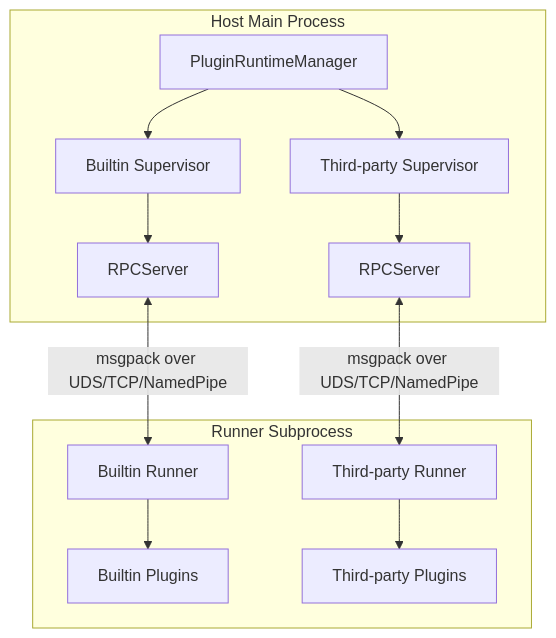
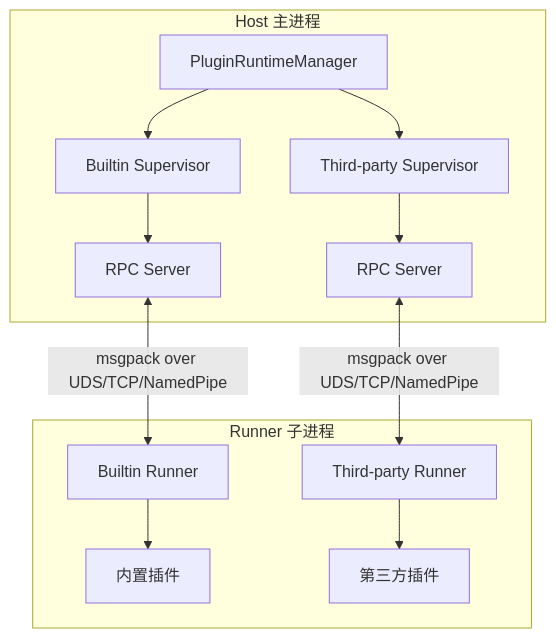
One commit to DrSmoothl/docs changed the diagram in en/develop/plugin-dev/index.md. Above: the diagram before and after it, drawn with Mermaid. The commit also changed other lines of this file and 50 other files, not shown here.

````diff
--- a/en/develop/plugin-dev/index.md
+++ b/en/develop/plugin-dev/index.md
@@ -11,15 +9,15 @@
 ```mermaid
 graph TD
-    subgraph Host Main Process
+    subgraph Host 主进程
         A[PluginRuntimeManager] --> B[Builtin Supervisor]
         A --> C[Third-party Supervisor]
-        B --> D[RPCServer]
-        C --> E[RPCServer]
+        B --> D[RPC Server]
+        C --> E[RPC Server]
     end
-    subgraph Runner Subprocess
-        F[Builtin Runner] --> G[Builtin Plugins]
-        H[Third-party Runner] --> I[Third-party Plugins]
+    subgraph Runner 子进程
+        F[Builtin Runner] --> G[内置插件]
+        H[Third-party Runner] --> I[第三方插件]
     end
     D <-->|msgpack over UDS/TCP/NamedPipe| F
     E <-->|msgpack over UDS/TCP/NamedPipe| H
 ```
````
